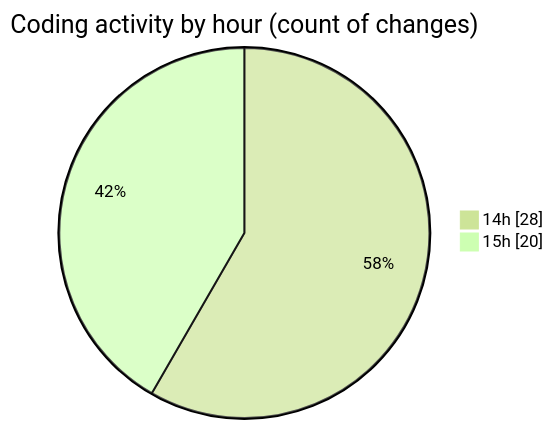
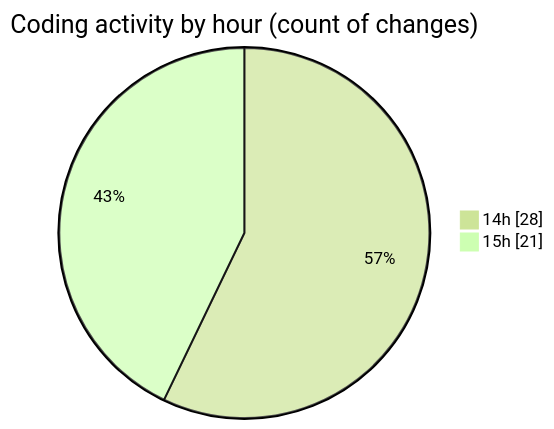
The second of 2 diagrams in 2025-11-08/futsal/README.md (idhammustaqopulfikri/code-tracking), drawn with Mermaid (forest theme) before and after one commit. The commit also changed other lines of this file and 1 other file, not shown here.

````diff
--- a/2025-11-08/futsal/README.md
+++ b/2025-11-08/futsal/README.md
@@ -41,6 +41,6 @@
 ```mermaid
 pie showData
 title Coding activity by hour (count of changes)
 "14h" : 28
-"15h" : 20
+"15h" : 21
 ```
````
